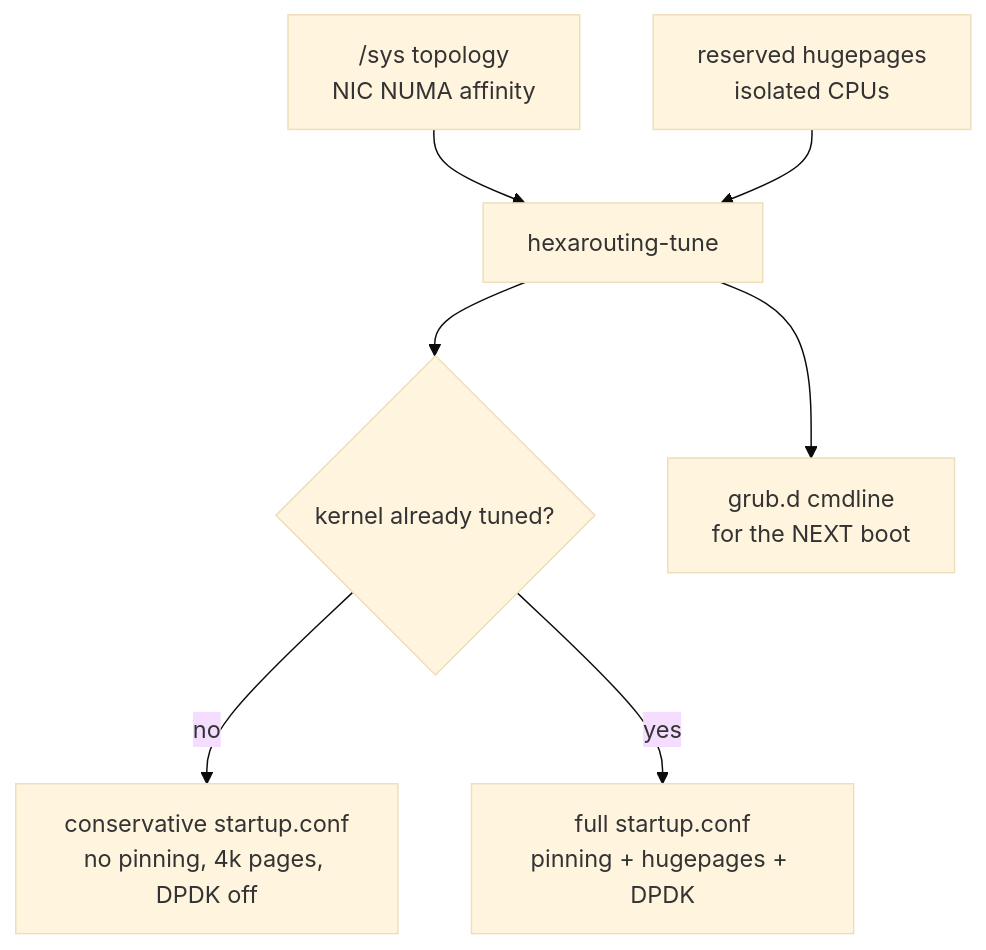
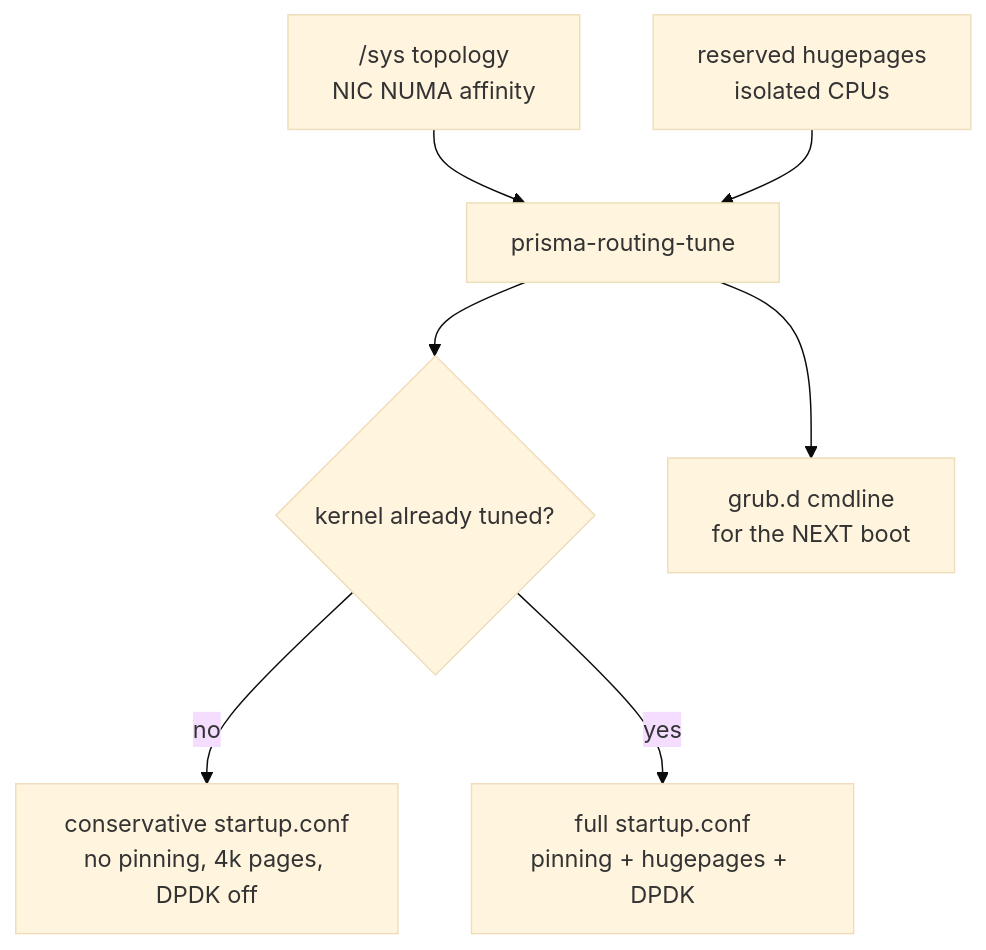
One commit to andrediashexa/prismarouting changed the first of 3 diagrams in docs/appliance.md. Above: the diagram before and after it, drawn with Mermaid (base theme). The commit also changed other lines of this file and 226 other files, not shown here.

````diff
--- a/docs/appliance.md
+++ b/docs/appliance.md
@@ -41,9 +41,9 @@
 ```mermaid
 flowchart TB
-    A["/sys topology<br/>NIC NUMA affinity"] --> B["hexarouting-tune"]
+    A["/sys topology<br/>NIC NUMA affinity"] --> B["prisma-routing-tune"]
     C["reserved hugepages<br/>isolated CPUs"] --> B
     B --> D{"kernel already tuned?"}
     D -->|no| E["conservative startup.conf<br/>no pinning, 4k pages, DPDK off"]
     D -->|yes| F["full startup.conf<br/>pinning + hugepages + DPDK"]
     B --> G["grub.d cmdline<br/>for the NEXT boot"]
 ```
````
